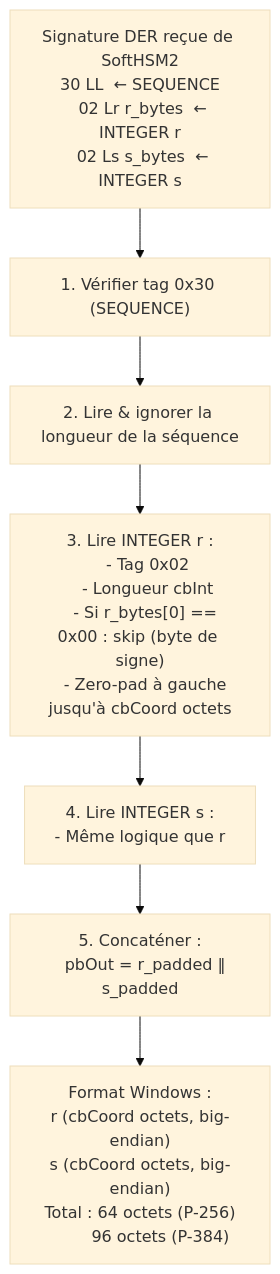
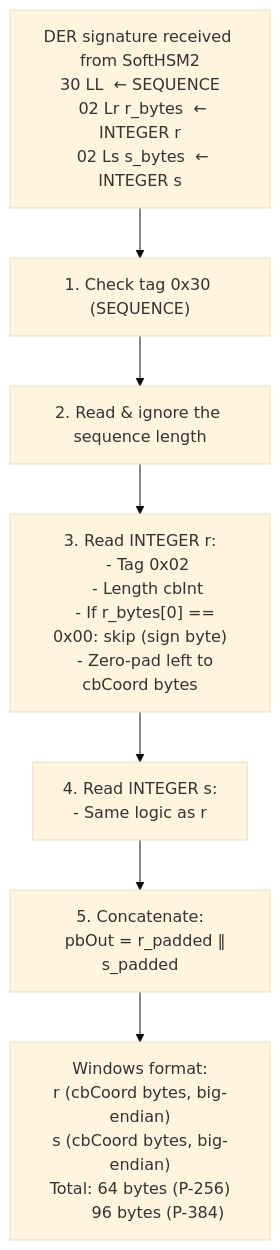
The third of 4 diagrams in softhsm_ksp/docs/06-mapping-erreurs.md (Gaillotte/Noida), drawn with Mermaid (base theme) before and after one commit. The commit also changed other lines of this file and 9 other files, not shown here.

````diff
--- a/softhsm_ksp/docs/06-mapping-erreurs.md
+++ b/softhsm_ksp/docs/06-mapping-erreurs.md
@@ -143,14 +143,14 @@
 ```mermaid
 flowchart TD
-    DER["Signature DER reçue de SoftHSM2\n30 LL  ← SEQUENCE\n  02 Lr r_bytes  ← INTEGER r\n  02 Ls s_bytes  ← INTEGER s"]
+    DER["DER signature received from SoftHSM2\n30 LL  ← SEQUENCE\n  02 Lr r_bytes  ← INTEGER r\n  02 Ls s_bytes  ← INTEGER s"]
 
-    step1["1. Vérifier tag 0x30 (SEQUENCE)"]
-    step2["2. Lire & ignorer la longueur de la séquence"]
-    step3["3. Lire INTEGER r :\n   - Tag 0x02\n   - Longueur cbInt\n   - Si r_bytes[0] == 0x00 : skip (byte de signe)\n   - Zero-pad à gauche jusqu'à cbCoord octets"]
-    step4["4. Lire INTEGER s :\n   - Même logique que r"]
-    step5["5. Concaténer :\n   pbOut = r_padded ‖ s_padded"]
+    step1["1. Check tag 0x30 (SEQUENCE)"]
+    step2["2. Read & ignore the sequence length"]
+    step3["3. Read INTEGER r:\n   - Tag 0x02\n   - Length cbInt\n   - If r_bytes[0] == 0x00: skip (sign byte)\n   - Zero-pad left to cbCoord bytes"]
+    step4["4. Read INTEGER s:\n   - Same logic as r"]
+    step5["5. Concatenate:\n   pbOut = r_padded ‖ s_padded"]
 
-    WIN["Format Windows :\nr (cbCoord octets, big-endian)\ns (cbCoord octets, big-endian)\nTotal : 64 octets (P-256)\n        96 octets (P-384)"]
+    WIN["Windows format:\nr (cbCoord bytes, big-endian)\ns (cbCoord bytes, big-endian)\nTotal: 64 bytes (P-256)\n       96 bytes (P-384)"]
 
     DER --> step1 --> step2 --> step3 --> step4 --> step5 --> WIN
 ```
````
